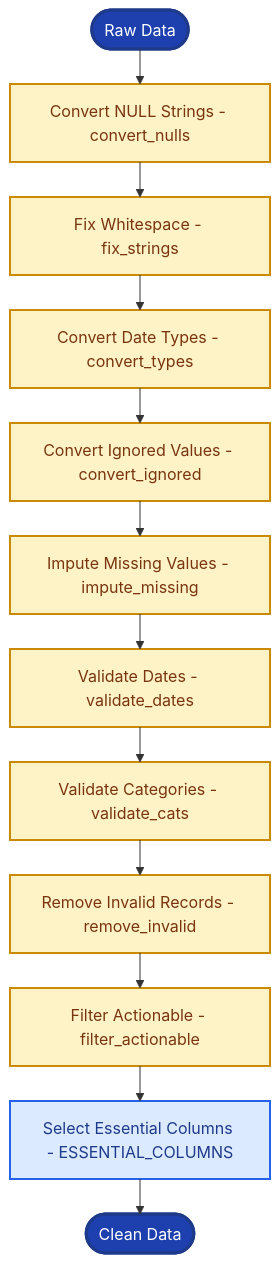
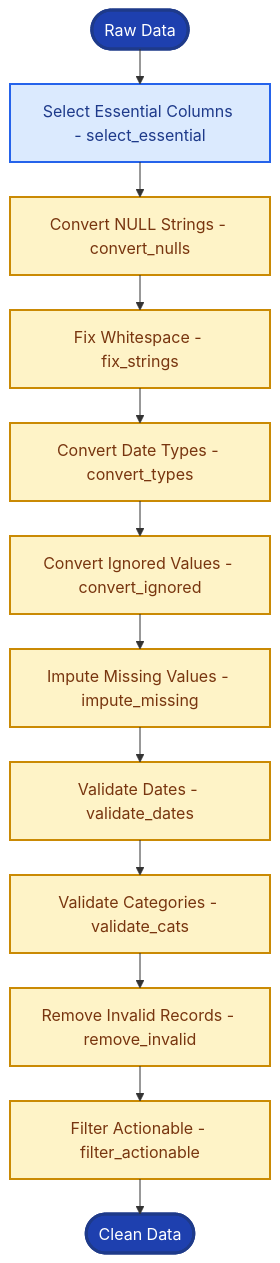
The diagram in diagrams/elt-transform-steps.mmd (joaovargass/indicium-ai-engineering-certification), drawn with Mermaid before and after one commit. The commit also changed 39 other files, not shown here.

```diff
--- a/diagrams/elt-transform-steps.mmd
+++ b/diagrams/elt-transform-steps.mmd
@@ -1,25 +1,25 @@
 ---
 config:
   layout: elk
   maxWidth: 1200
 ---
 flowchart TD
-    Start([Raw Data]) --> Step1["Convert NULL Strings - convert_nulls"]
+    Start([Raw Data]) --> Select["Select Essential Columns - select_essential"]
+    Select --> Step1["Convert NULL Strings - convert_nulls"]
     Step1 --> Step2["Fix Whitespace - fix_strings"]
     Step2 --> Step3["Convert Date Types - convert_types"]
     Step3 --> Step4["Convert Ignored Values - convert_ignored"]
     Step4 --> Step5["Impute Missing Values - impute_missing"]
     Step5 --> Step6["Validate Dates - validate_dates"]
     Step6 --> Step7["Validate Categories - validate_cats"]
     Step7 --> Step8["Remove Invalid Records - remove_invalid"]
     Step8 --> Step9["Filter Actionable - filter_actionable"]
-    Step9 --> Select["Select Essential Columns - ESSENTIAL_COLUMNS"]
-    Select --> End([Clean Data])
+    Step9 --> End([Clean Data])
     
     classDef stepStyle fill:#fef3c7,stroke:#ca8a04,stroke-width:2px,color:#78350f
     classDef selectStyle fill:#dbeafe,stroke:#2563eb,stroke-width:2px,color:#1e3a8a
     classDef startEndStyle fill:#1e40af,stroke:#1e3a8a,stroke-width:3px,color:#fff
     
     class Step1,Step2,Step3,Step4,Step5,Step6,Step7,Step8,Step9 stepStyle
     class Select selectStyle
     class Start,End startEndStyle
```
